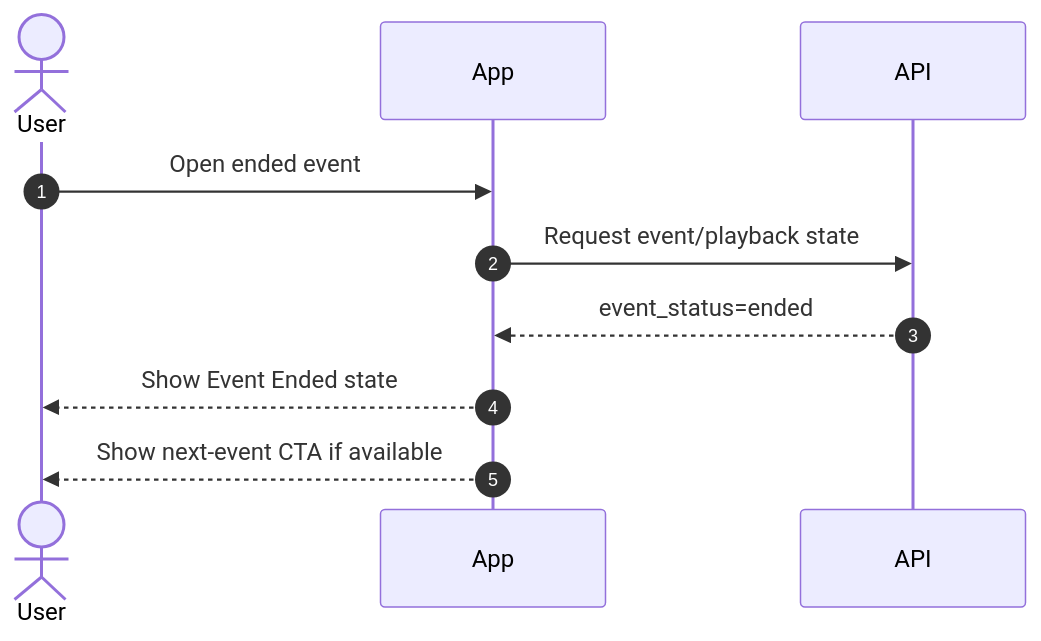
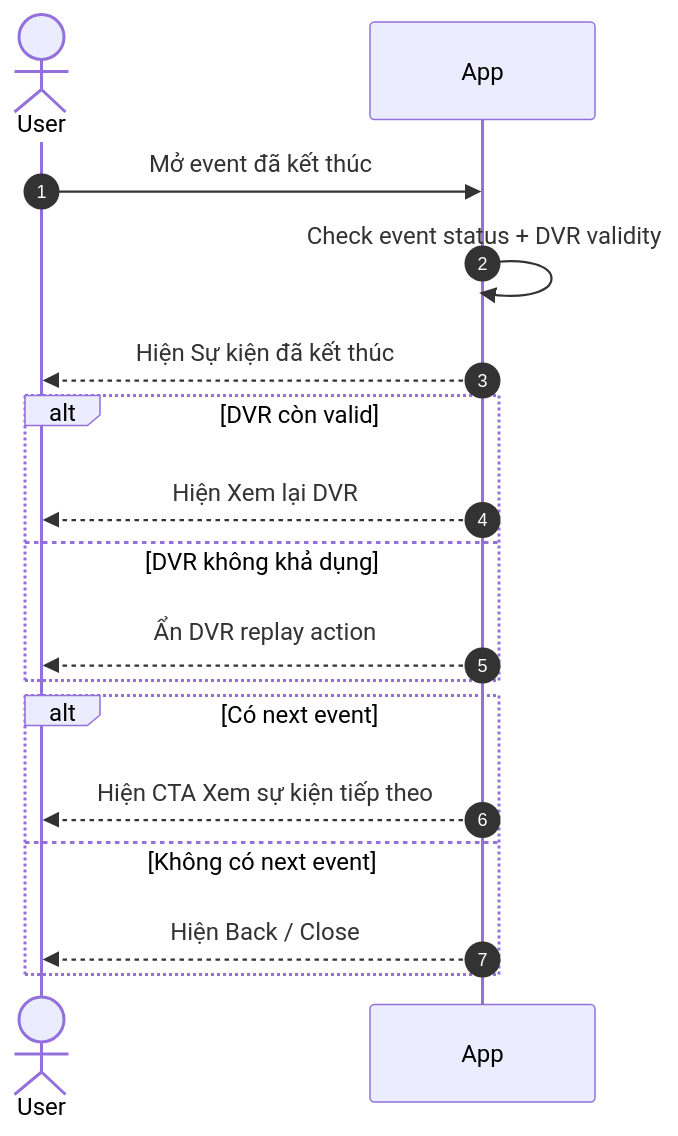
The fifth of 5 diagrams in features/final-docs/Event/Timeshift-Seek/timeshift-seek-functional-requirements.md (duongdang1136/FPTPLay), drawn with Mermaid before and after one commit. The commit also changed other lines of this file and 5 other files, not shown here.

````diff
--- a/features/final-docs/Event/Timeshift-Seek/timeshift-seek-functional-requirements.md
+++ b/features/final-docs/Event/Timeshift-Seek/timeshift-seek-functional-requirements.md
@@ -350,13 +381,23 @@
 ```mermaid
 sequenceDiagram
     autonumber
-    actor User
+
+    actor User as User
     participant App
-    participant API
 
-    User->>App: Open ended event
-    App->>API: Request event/playback state
-    API-->>App: event_status=ended
-    App-->>User: Show Event Ended state
-    App-->>User: Show next-event CTA if available
+    User->>App: Mở event đã kết thúc
+    App->>App: Check event status + DVR validity
+    App-->>User: Hiện Sự kiện đã kết thúc
+
+    alt DVR còn valid
+        App-->>User: Hiện Xem lại DVR
+    else DVR không khả dụng
+        App-->>User: Ẩn DVR replay action
+    end
+
+    alt Có next event
+        App-->>User: Hiện CTA Xem sự kiện tiếp theo
+    else Không có next event
+        App-->>User: Hiện Back / Close
+    end
 ```
````
